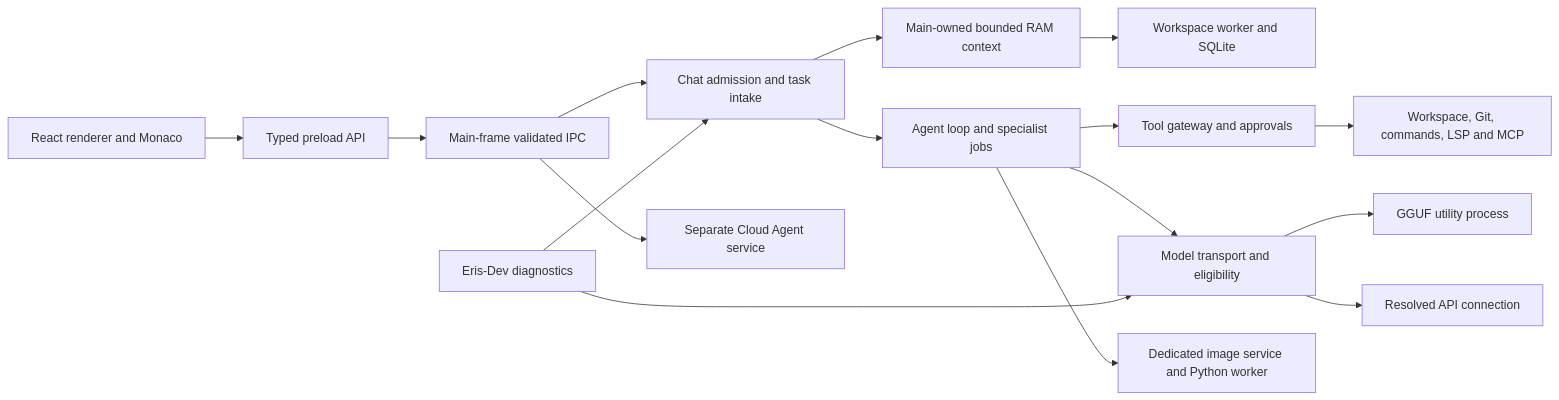
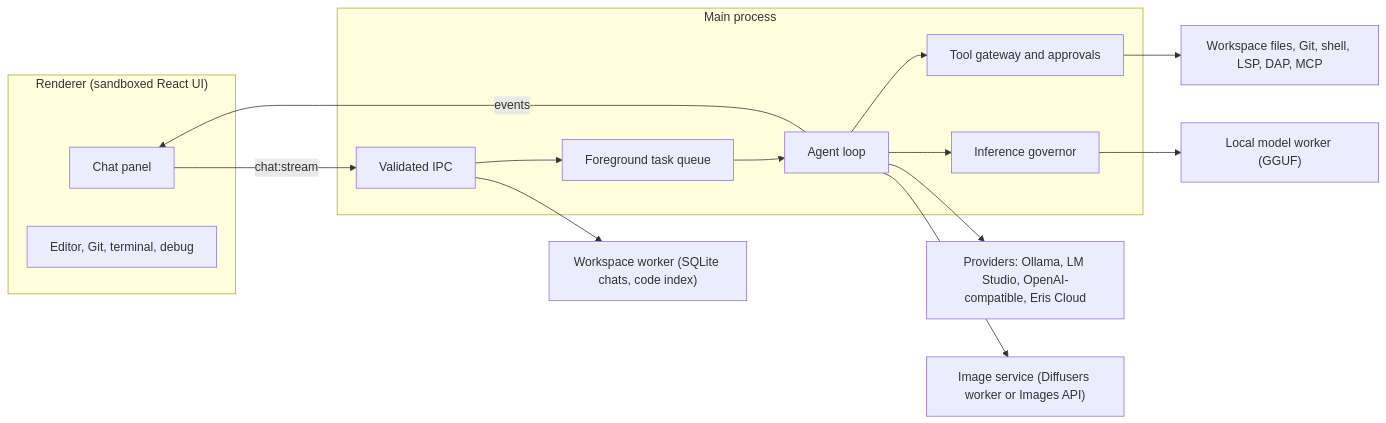
The diagram in docs/ARCHITECTURE.md (EricServices-Repo/Eris), drawn with Mermaid before and after one commit. The commit also changed other lines of this file and 190 other files, not shown here.

````diff
--- a/docs/ARCHITECTURE.md
+++ b/docs/ARCHITECTURE.md
@@ -19,18 +11,27 @@
 ```mermaid
 flowchart LR
-  UI[React renderer and Monaco] --> Preload[Typed preload API]
-  Preload --> IPC[Main-frame validated IPC]
-  IPC --> Intake[Chat admission and task intake]
-  Intake --> Context[Main-owned bounded RAM context]
-  Context --> DB[Workspace worker and SQLite]
-  Intake --> Agent[Agent loop and specialist jobs]
-  Agent --> Gateway[Tool gateway and approvals]
-  Gateway --> Host[Workspace, Git, commands, LSP and MCP]
-  Agent --> Wire[Model transport and eligibility]
-  Wire --> Native[GGUF utility process]
-  Wire --> API[Resolved API connection]
-  Agent --> Images[Dedicated image service and Python worker]
-  IPC --> Cloud[Separate Cloud Agent service]
-  Dev[Eris-Dev diagnostics] --> Intake
-  Dev --> Wire
+  subgraph Renderer["Renderer (sandboxed React UI)"]
+    Chat["Chat panel"]
+    Editor["Editor, Git, terminal, debug"]
+  end
+  subgraph Main["Main process"]
+    IPC["Validated IPC"]
+    Queue["Foreground task queue"]
+    Loop["Agent loop"]
+    Gate["Tool gateway and approvals"]
+    Gov["Inference governor"]
+  end
+  Worker["Workspace worker (SQLite chats, code index)"]
+  Llama["Local model worker (GGUF)"]
+  Providers["Providers: Ollama, LM Studio, OpenAI-compatible, Eris Cloud"]
+  Images["Image service (Diffusers worker or Images API)"]
+  Host["Workspace files, Git, shell, LSP, DAP, MCP"]
+
+  Chat -->|chat:stream| IPC --> Queue --> Loop
+  Loop --> Gate --> Host
+  Loop --> Gov --> Llama
+  Loop --> Providers
+  Loop --> Images
+  IPC --> Worker
+  Loop -->|events| Chat
 ```
````
